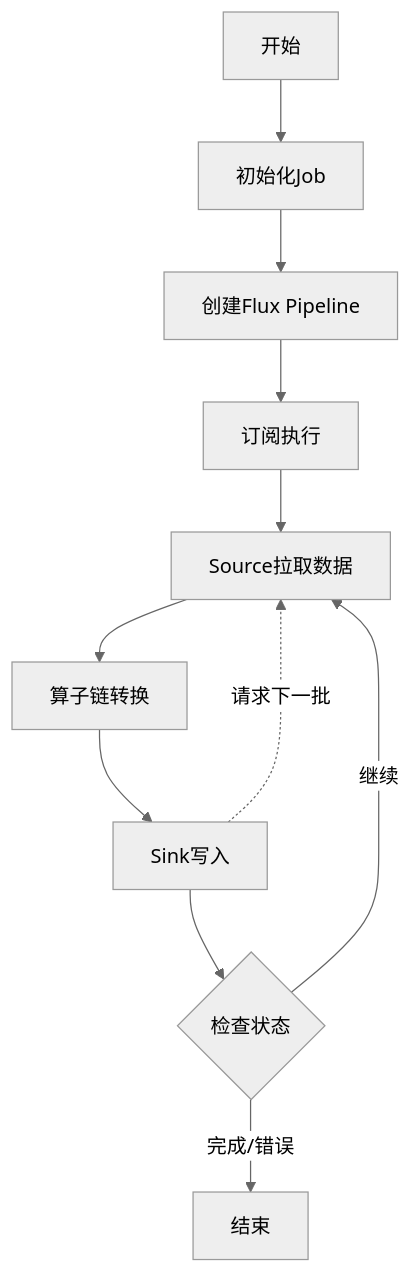
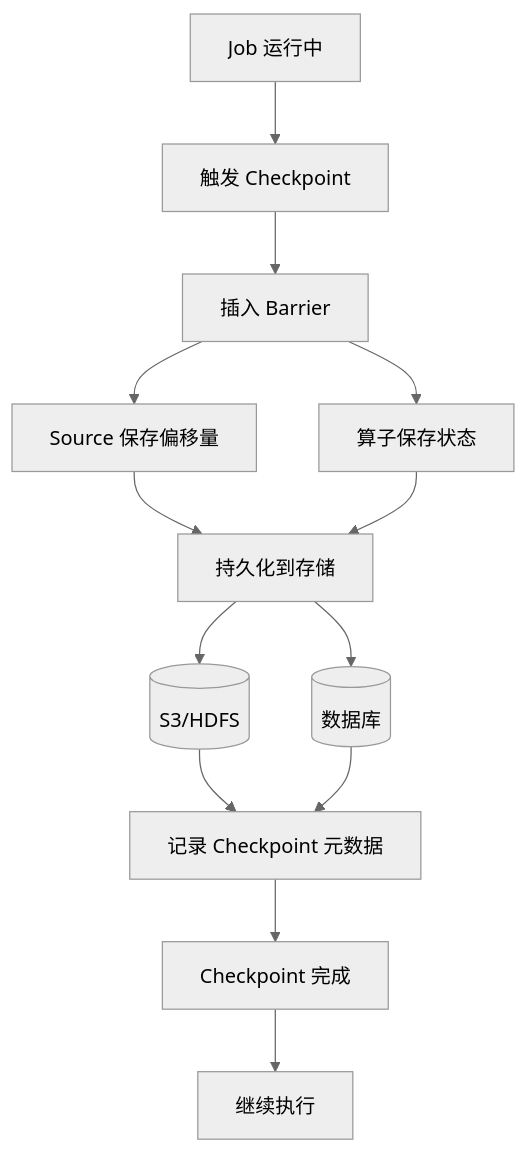
Diagram 11 of 16 in pipeline-framework-design.md (312268112/advanced-java), drawn with Mermaid (neutral theme) before and after one commit. The commit also changed other lines of this file, not shown here.

First line of the commit message:
docs: Complete detailed design documentation

````diff
--- a/pipeline-framework-design.md
+++ b/pipeline-framework-design.md
@@ -516,16 +1061,20 @@
 ```mermaid
 graph TB
-    Start[开始] --> Init[初始化Job]
-    Init --> CreateFlux[创建Flux Pipeline]
-    CreateFlux --> Subscribe[订阅执行]
+    Job[Job 运行中] --> Trigger[触发 Checkpoint]
     
-    Subscribe --> Source[Source拉取数据]
-    Source --> Transform[算子链转换]
-    Transform --> Sink[Sink写入]
+    Trigger --> Barrier[插入 Barrier]
+    Barrier --> Source[Source 保存偏移量]
+    Barrier --> State[算子保存状态]
     
-    Sink -.请求下一批.-> Source
+    Source --> Persist[持久化到存储]
+    State --> Persist
     
-    Sink --> Check{检查状态}
-    Check -->|继续| Source
-    Check -->|完成/错误| End[结束]
+    Persist --> S3[(S3/HDFS)]
+    Persist --> DB[(数据库)]
+    
+    S3 --> Record[记录 Checkpoint 元数据]
+    DB --> Record
+    
+    Record --> Complete[Checkpoint 完成]
+    Complete --> Continue[继续执行]
 ```
````
